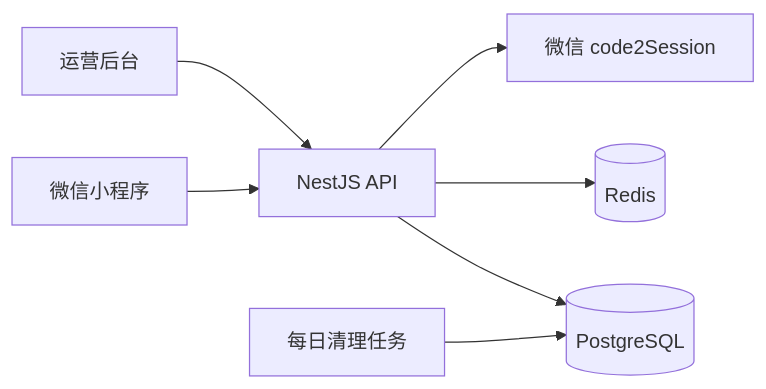
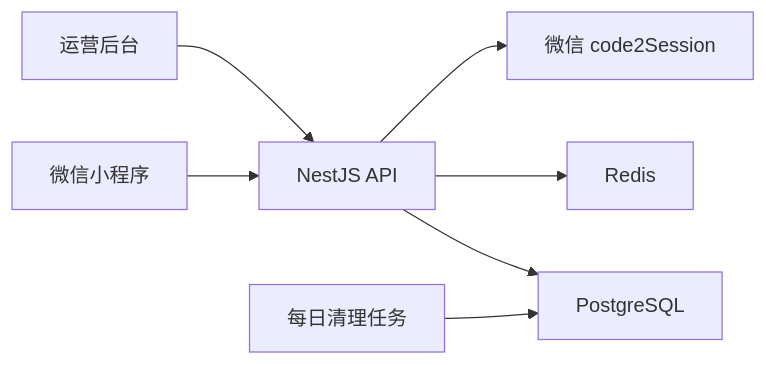
The diagram in README.md (Xzm2780/JIJU), drawn with Mermaid before and after one commit. The commit also changed 1 other file, not shown here.

Commit message:
修复 README 架构图渲染

````diff
--- a/README.md
+++ b/README.md
@@ -44,9 +44,9 @@
 ```mermaid
 flowchart LR
-    MP[微信小程序] --> API[NestJS API]
-    ADMIN[运营后台] --> API
-    API --> PG[(PostgreSQL)]
-    API --> REDIS[(Redis)]
-    API --> WX[微信 code2Session]
-    JOB[每日清理任务] --> PG
+    MP["微信小程序"] --> API["NestJS API"]
+    ADMIN["运营后台"] --> API
+    API --> PG["PostgreSQL"]
+    API --> REDIS["Redis"]
+    API --> WX["微信 code2Session"]
+    JOB["每日清理任务"] --> PG
 ```
````
